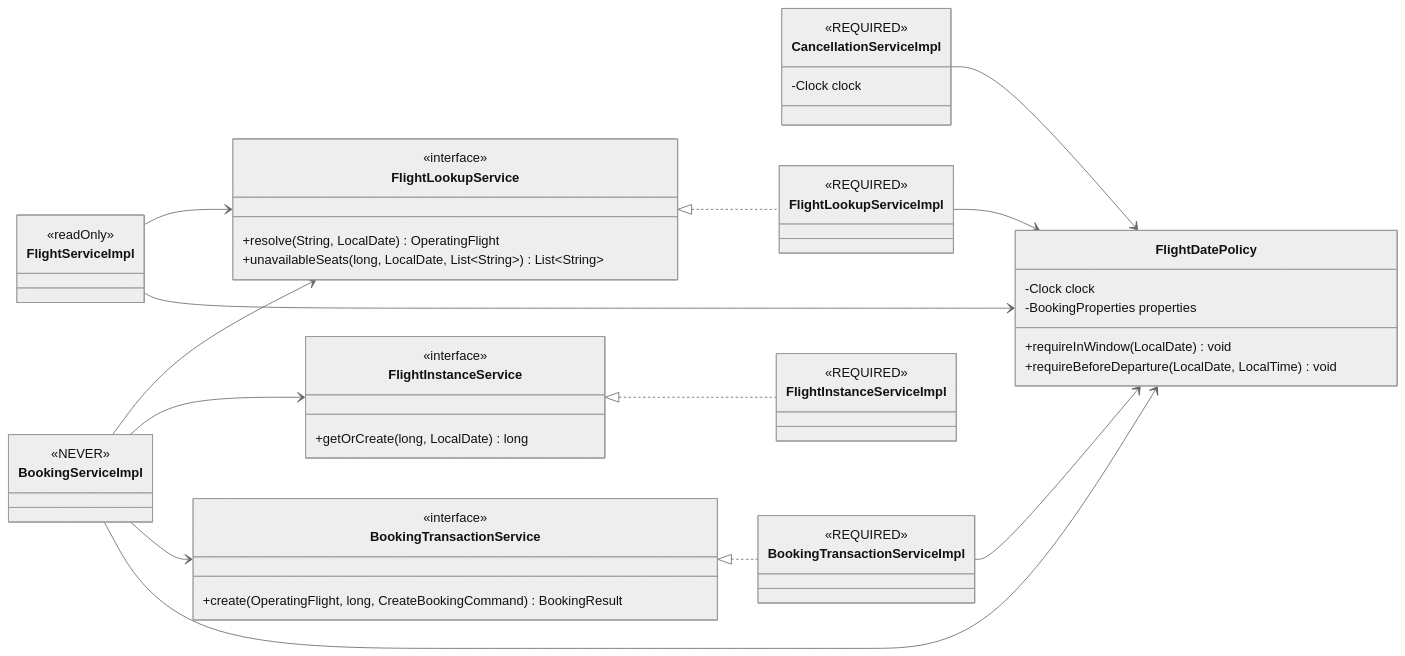
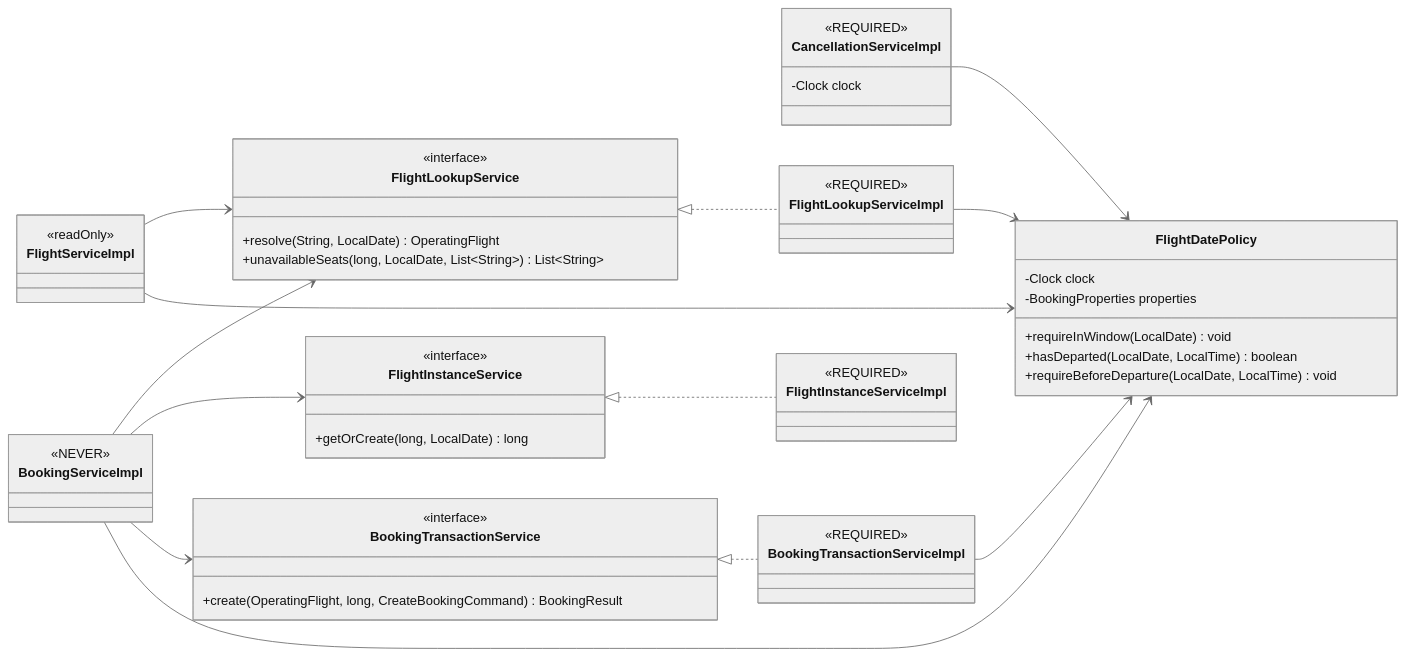
The second of 10 diagrams in lld/design.md (Nishant006/airline-ticketing-system), drawn with Mermaid (neutral theme) before and after one commit. The commit also changed other lines of this file and 33 other files, not shown here.

````diff
--- a/lld/design.md
+++ b/lld/design.md
@@ -125,54 +127,55 @@
 ```mermaid
 classDiagram
     direction LR
     class FlightServiceImpl {
         <<readOnly>>
     }
     class BookingServiceImpl {
         <<NEVER>>
     }
     class CancellationServiceImpl {
         <<REQUIRED>>
         -Clock clock
     }
     class FlightLookupService {
         <<interface>>
         +resolve(String, LocalDate) OperatingFlight
         +unavailableSeats(long, LocalDate, List~String~) List~String~
     }
     class FlightInstanceService {
         <<interface>>
         +getOrCreate(long, LocalDate) long
     }
     class BookingTransactionService {
         <<interface>>
         +create(OperatingFlight, long, CreateBookingCommand) BookingResult
     }
     class FlightLookupServiceImpl {
         <<REQUIRED>>
     }
     class FlightInstanceServiceImpl {
         <<REQUIRED>>
     }
     class BookingTransactionServiceImpl {
         <<REQUIRED>>
     }
     class FlightDatePolicy {
         -Clock clock
         -BookingProperties properties
         +requireInWindow(LocalDate) void
+        +hasDeparted(LocalDate, LocalTime) boolean
         +requireBeforeDeparture(LocalDate, LocalTime) void
     }
     FlightServiceImpl --> FlightLookupService
     BookingServiceImpl --> FlightLookupService
     BookingServiceImpl --> FlightInstanceService
     BookingServiceImpl --> BookingTransactionService
     FlightLookupService <|.. FlightLookupServiceImpl
     FlightInstanceService <|.. FlightInstanceServiceImpl
     BookingTransactionService <|.. BookingTransactionServiceImpl
     FlightServiceImpl --> FlightDatePolicy
     BookingServiceImpl --> FlightDatePolicy
     CancellationServiceImpl --> FlightDatePolicy
     FlightLookupServiceImpl --> FlightDatePolicy
     BookingTransactionServiceImpl --> FlightDatePolicy
 ```
````
